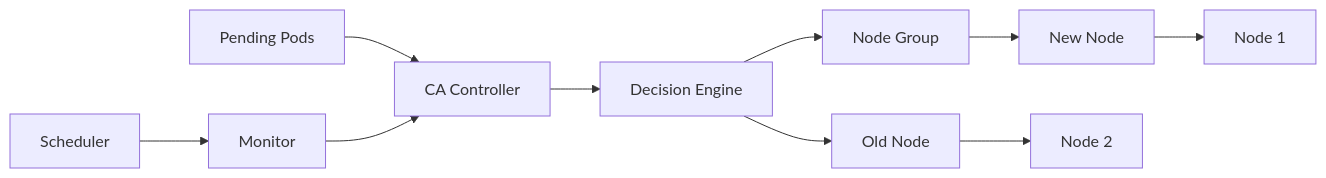
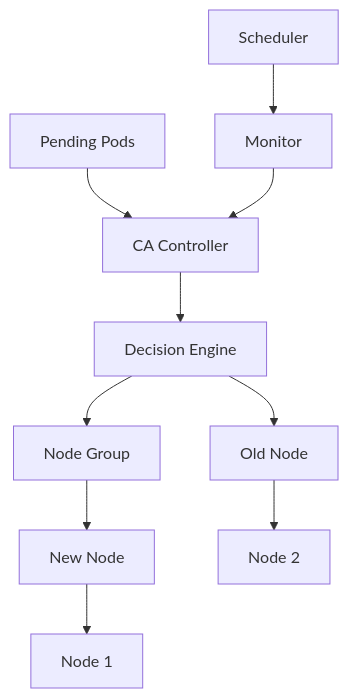
Before and after one commit to jayeshjd555/Kubernetes: diagram 31 of 33 in README.md, drawn with Mermaid. The commit also changed other lines of this file, not shown here.

````diff
--- a/README.md
+++ b/README.md
@@ -11572,12 +11572,12 @@
 ```mermaid
-graph LR
-    A[Pending Pods] --> B[CA Controller]
-    C[Scheduler] --> D[Monitor]
-    D --> B
-    B --> E[Decision Engine]
-    E --> F[Node Group]
-    F --> G[New Node]
-    E --> H[Old Node]
-    G --> I[Node 1]
-    H --> J[Node 2]
+graph TB
+    PENDING[Pending Pods] --> CA[CA Controller]
+    SCHED[Scheduler] --> MON[Monitor]
+    MON --> CA
+    CA --> DEC[Decision Engine]
+    DEC --> NG[Node Group]
+    NG --> NEW[New Node]
+    DEC --> OLD[Old Node]
+    NEW --> NODE1[Node 1]
+    OLD --> NODE2[Node 2]
 ```
````
